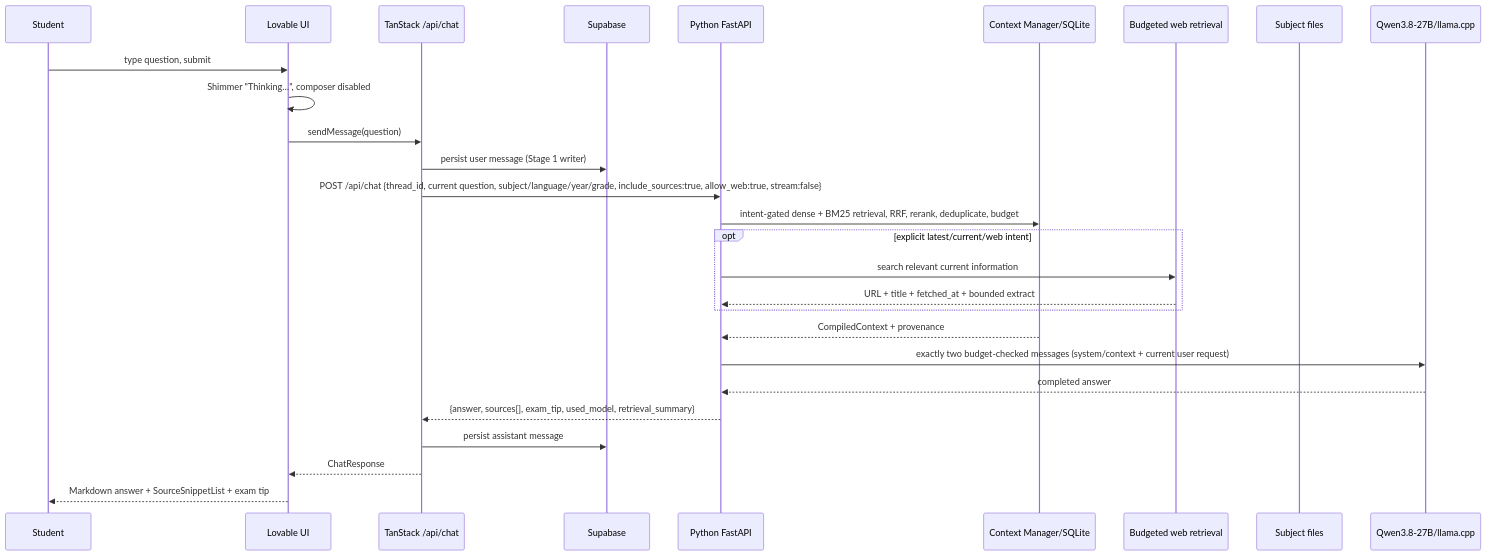
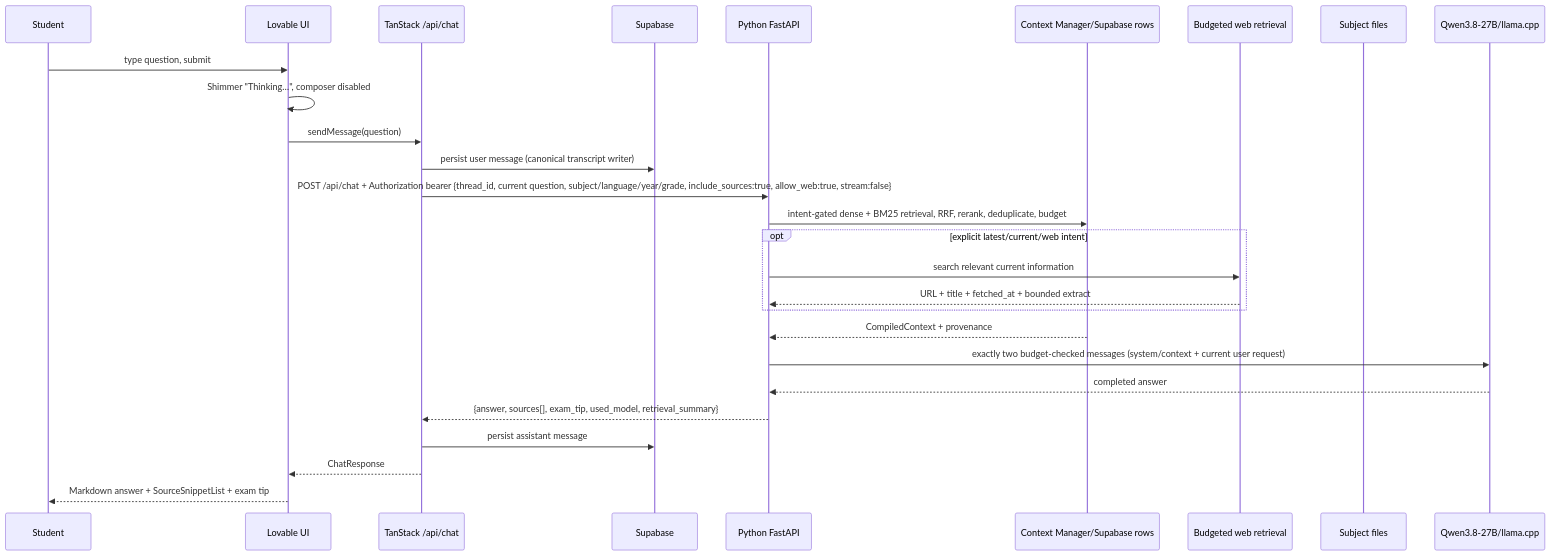
Before and after one commit to keyshavmor/study-swiss-star: the sixth of 14 diagrams in docs/USER_FLOWS.md, drawn with Mermaid. The commit also changed other lines of this file and 118 other files, not shown here.

````diff
--- a/docs/USER_FLOWS.md
+++ b/docs/USER_FLOWS.md
@@ -120,29 +120,29 @@
 ```mermaid
 sequenceDiagram
     participant Student
     participant UI as Lovable UI
     participant SF as TanStack /api/chat
     participant SB as Supabase
     participant PY as Python FastAPI
-    participant RAG as Context Manager/SQLite
+    participant RAG as Context Manager/Supabase rows
     participant WEB as Budgeted web retrieval
     participant FILES as Subject files
     participant LLM as Qwen3.8-27B/llama.cpp
     Student->>UI: type question, submit
     UI->>UI: Shimmer "Thinking…", composer disabled
     UI->>SF: sendMessage(question)
-    SF->>SB: persist user message (Stage 1 writer)
-    SF->>PY: POST /api/chat {thread_id, current question, subject/language/year/grade, include_sources:true, allow_web:true, stream:false}
+    SF->>SB: persist user message (canonical transcript writer)
+    SF->>PY: POST /api/chat + Authorization bearer {thread_id, current question, subject/language/year/grade, include_sources:true, allow_web:true, stream:false}
     PY->>RAG: intent-gated dense + BM25 retrieval, RRF, rerank, deduplicate, budget
     opt explicit latest/current/web intent
         PY->>WEB: search relevant current information
         WEB-->>PY: URL + title + fetched_at + bounded extract
     end
     RAG-->>PY: CompiledContext + provenance
     PY->>LLM: exactly two budget-checked messages (system/context + current user request)
     LLM-->>PY: completed answer
     PY-->>SF: {answer, sources[], exam_tip, used_model, retrieval_summary}
     SF->>SB: persist assistant message
     SF-->>UI: ChatResponse
     UI-->>Student: Markdown answer + SourceSnippetList + exam tip
 ```
````
